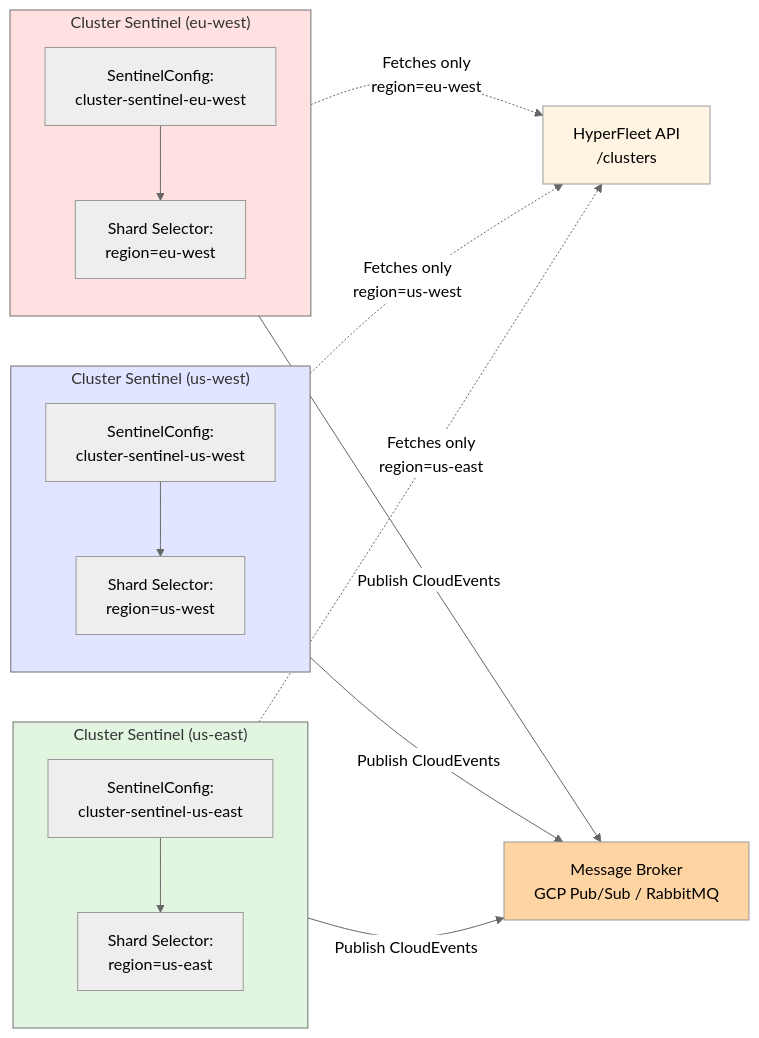
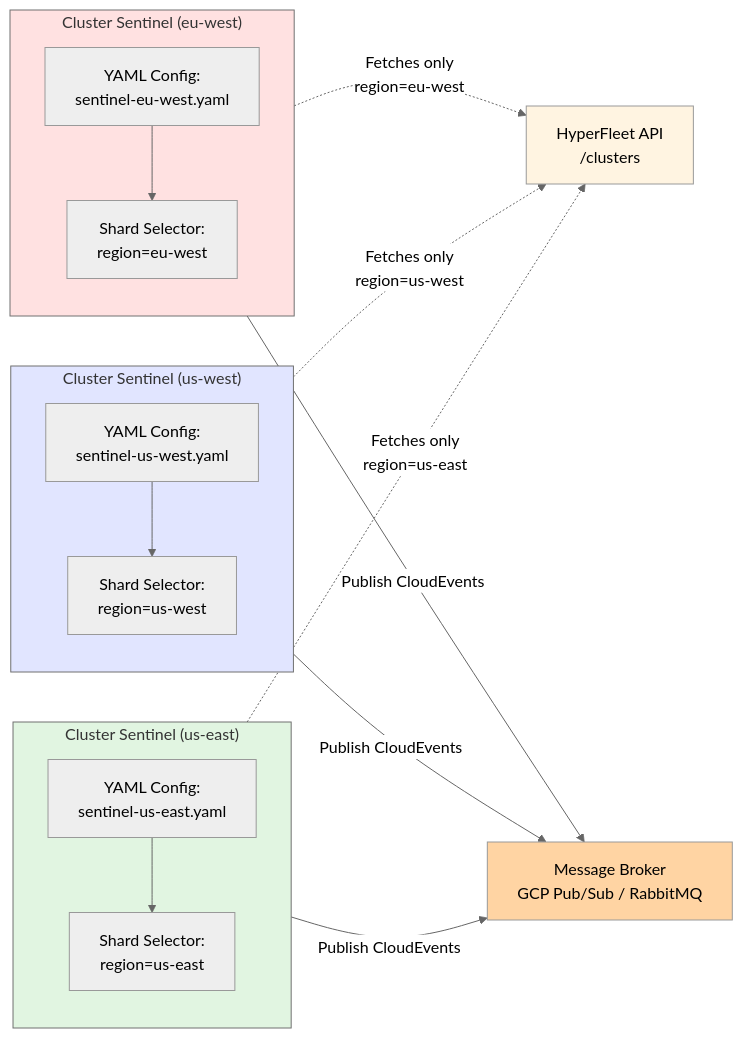
One commit to rafabene/hyperfleet-architecture changed the second of 2 diagrams in hyperfleet/components/sentinel.md. Above: the diagram before and after it, drawn with Mermaid (neutral theme). The commit also changed other lines of this file and 1 other file, not shown here.

First line of the commit message:
feat: replace CRDs with simple YAML configuration for Sentinel

````diff
--- a/hyperfleet/components/sentinel.md
+++ b/hyperfleet/components/sentinel.md
@@ -104,40 +112,40 @@
 ```mermaid
 graph LR
     subgraph US-East["Cluster Sentinel (us-east)"]
         direction TB
-        Config1[SentinelConfig:<br/>cluster-sentinel-us-east]
+        Config1[YAML Config:<br/>sentinel-us-east.yaml]
         Shard1[Shard Selector:<br/>region=us-east]
         Config1 --> Shard1
     end
 
     subgraph US-West["Cluster Sentinel (us-west)"]
         direction TB
-        Config2[SentinelConfig:<br/>cluster-sentinel-us-west]
+        Config2[YAML Config:<br/>sentinel-us-west.yaml]
         Shard2[Shard Selector:<br/>region=us-west]
         Config2 --> Shard2
     end
 
     subgraph EU-West["Cluster Sentinel (eu-west)"]
         direction TB
-        Config3[SentinelConfig:<br/>cluster-sentinel-eu-west]
+        Config3[YAML Config:<br/>sentinel-eu-west.yaml]
         Shard3[Shard Selector:<br/>region=eu-west]
         Config3 --> Shard3
     end
 
     API[HyperFleet API<br/>/clusters]
     Broker[Message Broker<br/>GCP Pub/Sub / RabbitMQ]
 
     Shard1 -.->|Fetches only<br/>region=us-east| API
     Shard2 -.->|Fetches only<br/>region=us-west| API
     Shard3 -.->|Fetches only<br/>region=eu-west| API
 
     Shard1 -->|Publish CloudEvents| Broker
     Shard2 -->|Publish CloudEvents| Broker
     Shard3 -->|Publish CloudEvents| Broker
 
     style US-East fill:#e1f5e1
     style US-West fill:#e1e5ff
     style EU-West fill:#ffe1e1
     style API fill:#fff4e1
     style Broker fill:#ffd4a3
 ```
````
